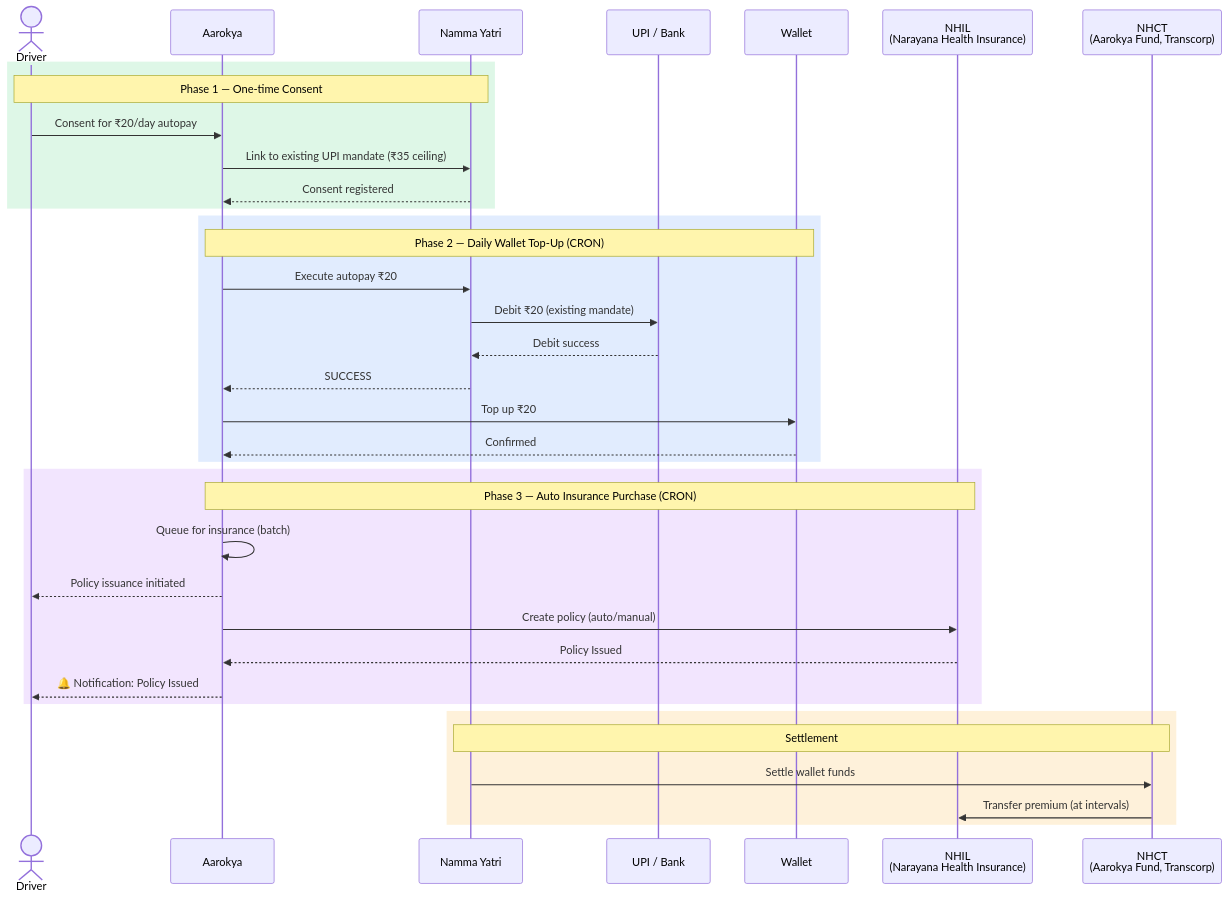
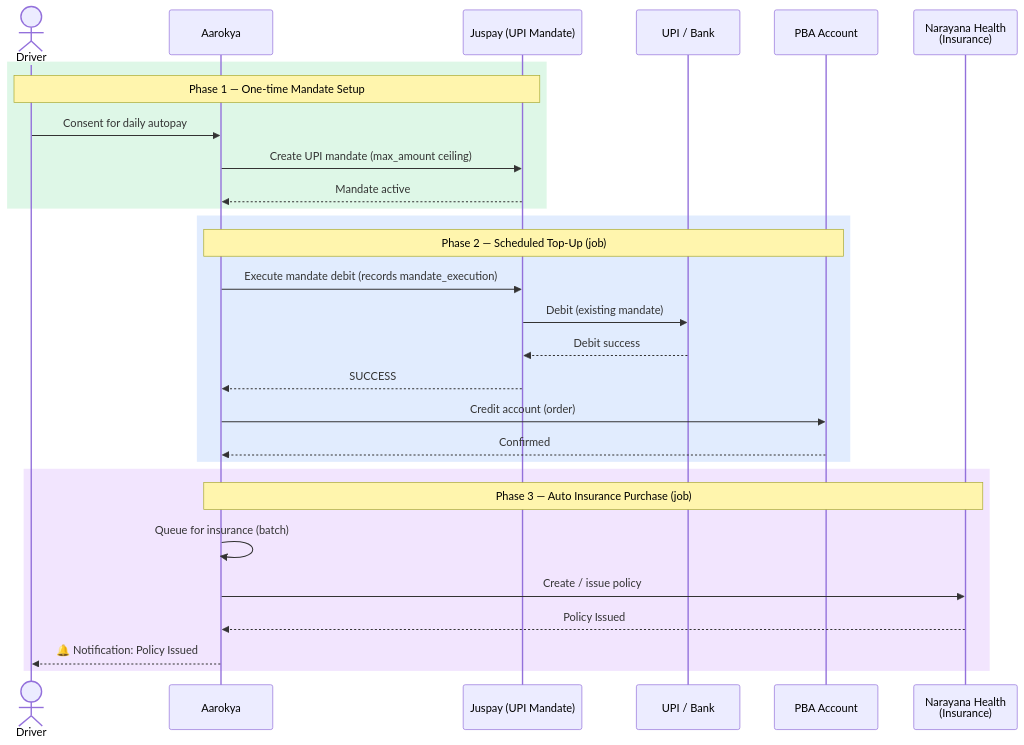
The third of 4 diagrams in api-reference/architecture/system-overview.mdx (anu19981/aarokya-backend), drawn with Mermaid before and after one commit. The commit also changed other lines of this file and 82 other files, not shown here.

````diff
--- a/api-reference/architecture/system-overview.mdx
+++ b/api-reference/architecture/system-overview.mdx
@@ -173,42 +158,34 @@
 ```mermaid
 sequenceDiagram
     actor U as Driver
     participant AK as Aarokya
-    participant NY as Namma Yatri
+    participant JP as Juspay (UPI Mandate)
     participant BANK as UPI / Bank
-    participant W as Wallet
-    participant NHIL as NHIL<br/>(Narayana Health Insurance)
-    participant NHCT as NHCT<br/>(Aarokya Fund, Transcorp)
+    participant PBA as PBA Account
+    participant NH as Narayana Health<br/>(Insurance)
 
     rect rgba(34, 197, 94, 0.15)
-        Note over U,NY: Phase 1 — One-time Consent
-        U->>AK: Consent for ₹20/day autopay
-        AK->>NY: Link to existing UPI mandate (₹35 ceiling)
-        NY-->>AK: Consent registered
+        Note over U,JP: Phase 1 — One-time Mandate Setup
+        U->>AK: Consent for daily autopay
+        AK->>JP: Create UPI mandate (max_amount ceiling)
+        JP-->>AK: Mandate active
     end
 
     rect rgba(59, 130, 246, 0.15)
-        Note over AK,W: Phase 2 — Daily Wallet Top-Up (CRON)
-        AK->>NY: Execute autopay ₹20
-        NY->>BANK: Debit ₹20 (existing mandate)
-        BANK-->>NY: Debit success
-        NY-->>AK: SUCCESS
-        AK->>W: Top up ₹20
-        W-->>AK: Confirmed
+        Note over AK,PBA: Phase 2 — Scheduled Top-Up (job)
+        AK->>JP: Execute mandate debit (records mandate_execution)
+        JP->>BANK: Debit (existing mandate)
+        BANK-->>JP: Debit success
+        JP-->>AK: SUCCESS
+        AK->>PBA: Credit account (order)
+        PBA-->>AK: Confirmed
     end
 
     rect rgba(168, 85, 247, 0.15)
-        Note over AK,NHIL: Phase 3 — Auto Insurance Purchase (CRON)
+        Note over AK,NH: Phase 3 — Auto Insurance Purchase (job)
         AK->>AK: Queue for insurance (batch)
-        AK-->>U: Policy issuance initiated
-        AK->>NHIL: Create policy (auto/manual)
-        NHIL-->>AK: Policy Issued
+        AK->>NH: Create / issue policy
+        NH-->>AK: Policy Issued
         AK-->>U: 🔔 Notification: Policy Issued
     end
-
-    rect rgba(245, 158, 11, 0.15)
-        Note over NY,NHCT: Settlement
-        NY->>NHCT: Settle wallet funds
-        NHCT->>NHIL: Transfer premium (at intervals)
-    end
 ```
````
